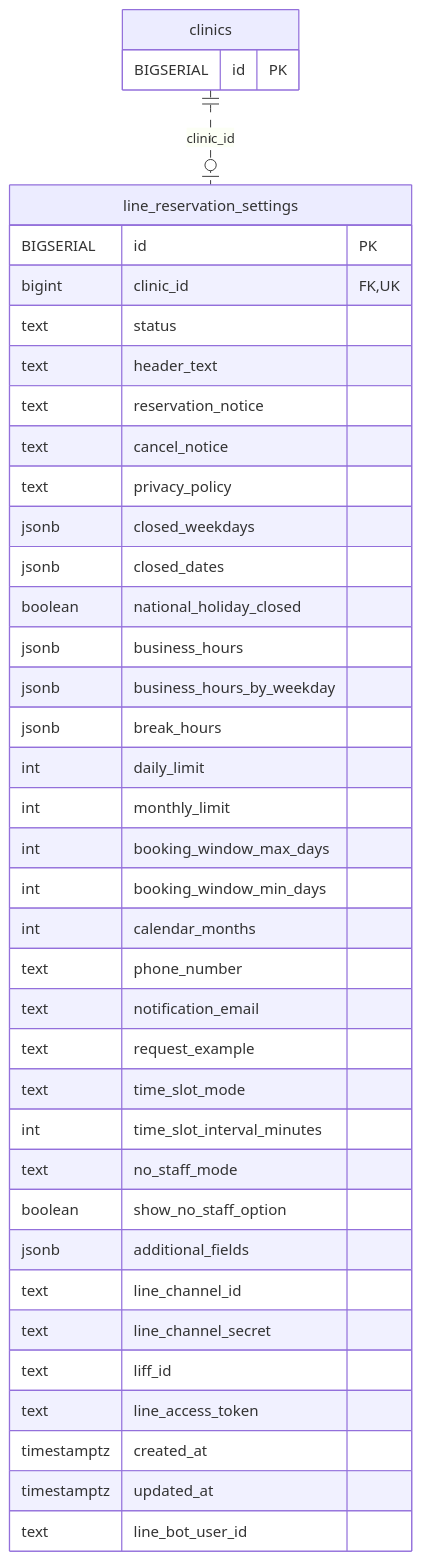
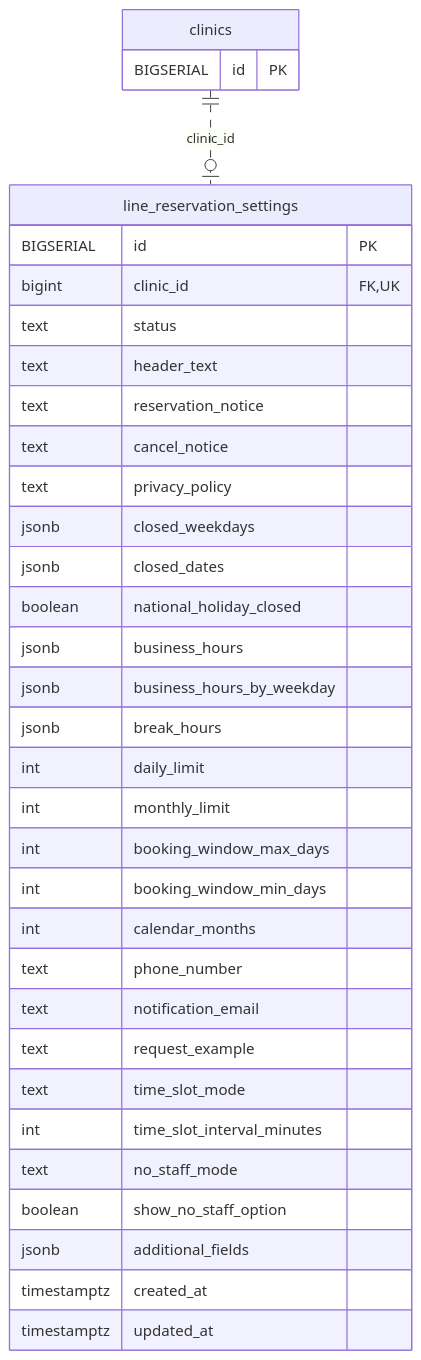
Before and after one commit to MinoruSoga/AnimalEkarte: the diagram in docs/architecture/erd-detail/line_reservation_settings.md, drawn with Mermaid. The commit also changed other lines of this file and 147 other files, not shown here.

````diff
--- a/docs/architecture/erd-detail/line_reservation_settings.md
+++ b/docs/architecture/erd-detail/line_reservation_settings.md
@@ -56,42 +51,37 @@
 ```mermaid
 erDiagram
     line_reservation_settings {
         BIGSERIAL id PK
         bigint clinic_id FK,UK
         text status
         text header_text
         text reservation_notice
         text cancel_notice
         text privacy_policy
         jsonb closed_weekdays
         jsonb closed_dates
         boolean national_holiday_closed
         jsonb business_hours
         jsonb business_hours_by_weekday
         jsonb break_hours
         int daily_limit
         int monthly_limit
         int booking_window_max_days
         int booking_window_min_days
         int calendar_months
         text phone_number
         text notification_email
         text request_example
         text time_slot_mode
         int time_slot_interval_minutes
         text no_staff_mode
         boolean show_no_staff_option
         jsonb additional_fields
-        text line_channel_id
-        text line_channel_secret
-        text liff_id
-        text line_access_token
         timestamptz created_at
         timestamptz updated_at
-        text line_bot_user_id
     }
     clinics {
         BIGSERIAL id PK
     }
     clinics ||..o| line_reservation_settings : "clinic_id"
 ```
````
